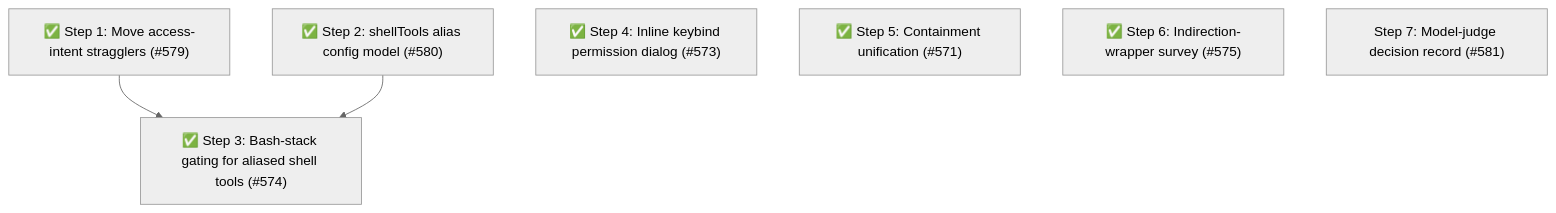
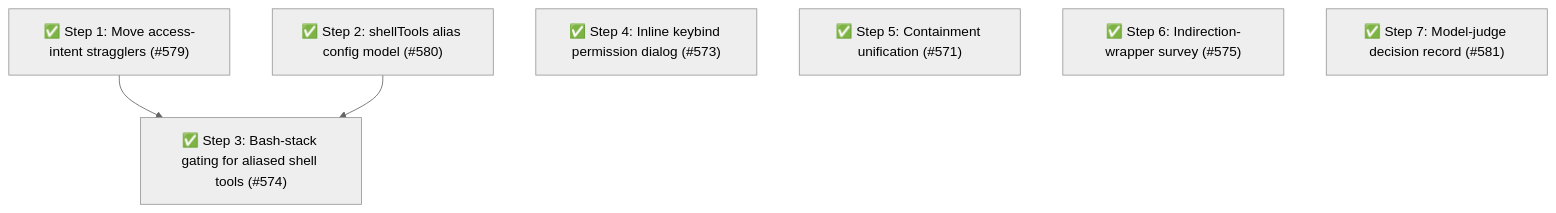
One commit to whaoa/forked-gotgenes-pi-packages changed the fourth of 4 diagrams in packages/pi-permission-system/docs/architecture/architecture.md. Above: the diagram before and after it, drawn with Mermaid (neutral theme). The commit also changed other lines of this file, not shown here.

Commit message:
docs(pi-permission-system): mark Phase 11 Step 7 complete and link ADR 0007 (#581)

````diff
--- a/packages/pi-permission-system/docs/architecture/architecture.md
+++ b/packages/pi-permission-system/docs/architecture/architecture.md
@@ -996,12 +998,12 @@
 ```mermaid
 flowchart TD
     S1["✅ Step 1: Move access-intent stragglers (#579)"]
     S2["✅ Step 2: shellTools alias config model (#580)"]
     S3["✅ Step 3: Bash-stack gating for aliased shell tools (#574)"]
     S4["✅ Step 4: Inline keybind permission dialog (#573)"]
     S5["✅ Step 5: Containment unification (#571)"]
     S6["✅ Step 6: Indirection-wrapper survey (#575)"]
-    S7["Step 7: Model-judge decision record (#581)"]
+    S7["✅ Step 7: Model-judge decision record (#581)"]
     S1 --> S3
     S2 --> S3
 ```
````
